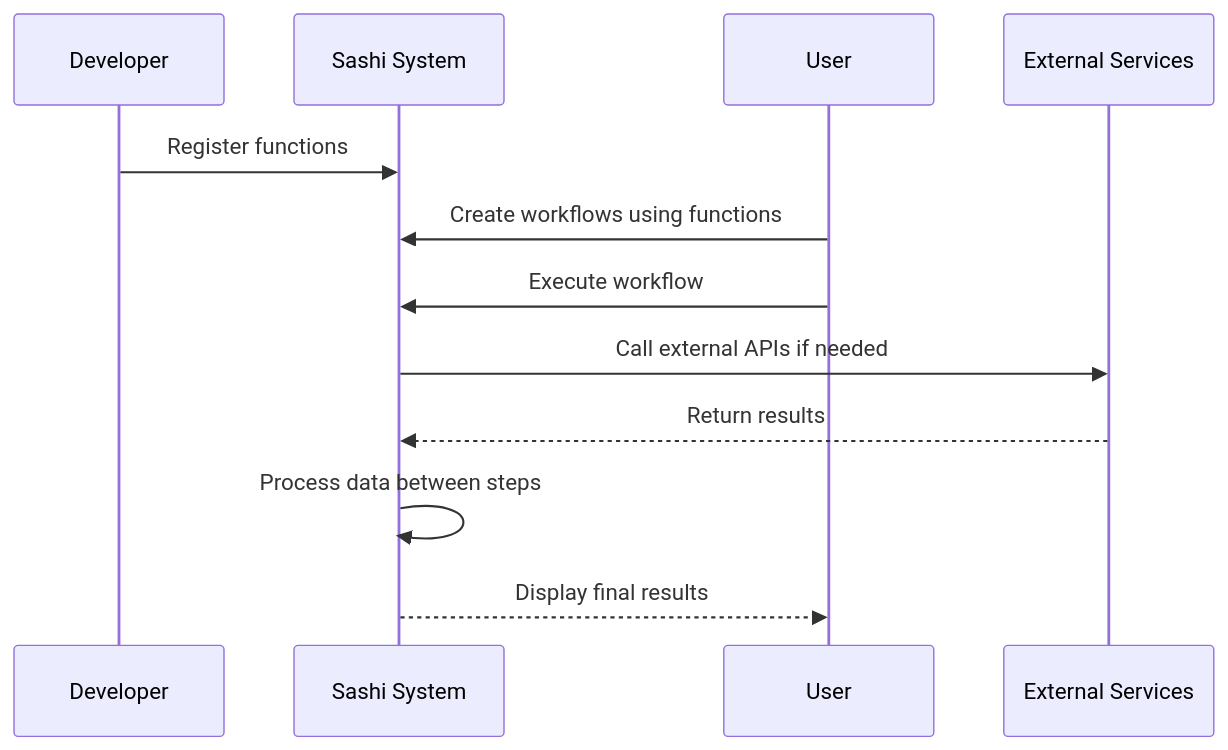
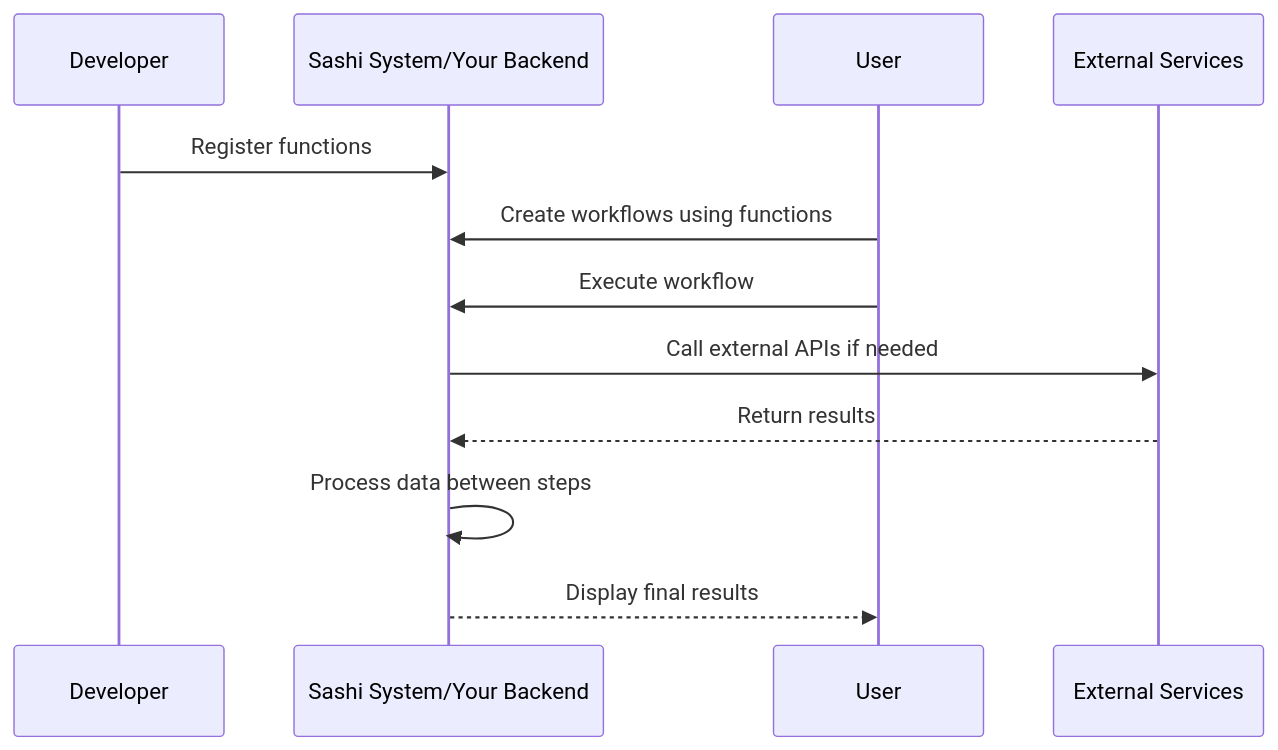
The diagram in README.md (UseSashiMoto/usesashi), drawn with Mermaid before and after one commit. The commit also changed other lines of this file, not shown here.

````diff
--- a/README.md
+++ b/README.md
@@ -300,15 +284,15 @@
 ```mermaid
 sequenceDiagram
     participant Dev as Developer
-    participant Sashi as Sashi System
+    participant Sashi as Sashi System/Your Backend
     participant User as User
     participant Ext as External Services
 
     Dev->>Sashi: Register functions
     User->>Sashi: Create workflows using functions
     User->>Sashi: Execute workflow
     Sashi->>Ext: Call external APIs if needed
     Ext-->>Sashi: Return results
     Sashi->>Sashi: Process data between steps
     Sashi-->>User: Display final results
 ```
````
